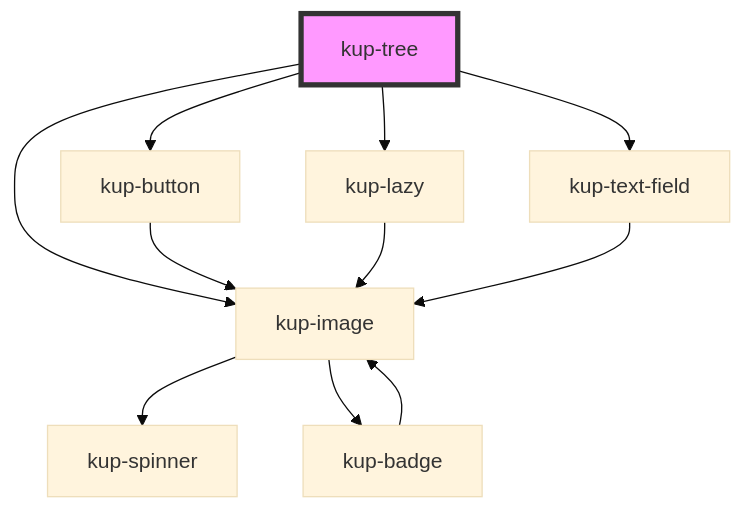
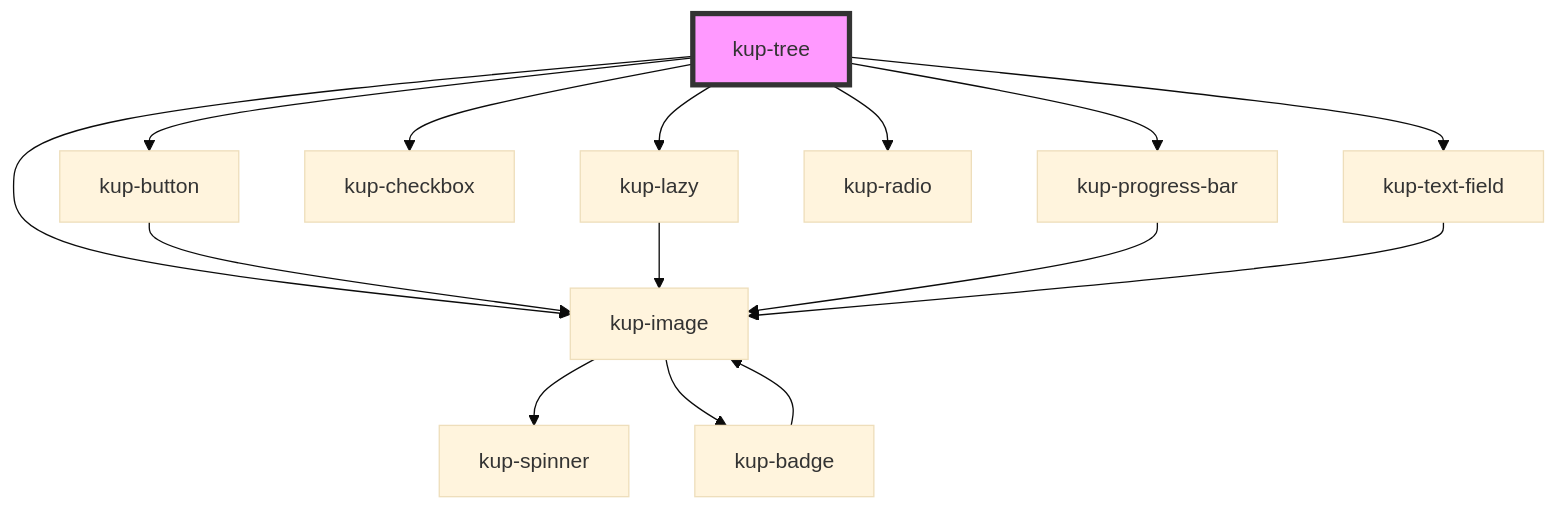
The diagram in packages/ketchup/src/components/kup-tree/readme.md (smeup/ketchup), drawn with Mermaid (base theme) before and after one commit. The commit also changed other lines of this file and 8 other files, not shown here.

Commit message:
Removed lazy from box and tree cells: button, checkbox, radio, progressbar, icon.

````diff
--- a/packages/ketchup/src/components/kup-tree/readme.md
+++ b/packages/ketchup/src/components/kup-tree/readme.md
@@ -116,14 +119,18 @@
 ```mermaid
 graph TD;
   kup-tree --> kup-button
   kup-tree --> kup-lazy
+  kup-tree --> kup-checkbox
   kup-tree --> kup-image
+  kup-tree --> kup-progress-bar
+  kup-tree --> kup-radio
   kup-tree --> kup-text-field
   kup-button --> kup-image
   kup-image --> kup-spinner
   kup-image --> kup-badge
   kup-badge --> kup-image
   kup-lazy --> kup-image
+  kup-progress-bar --> kup-image
   kup-text-field --> kup-image
   style kup-tree fill:#f9f,stroke:#333,stroke-width:4px
 ```
````
